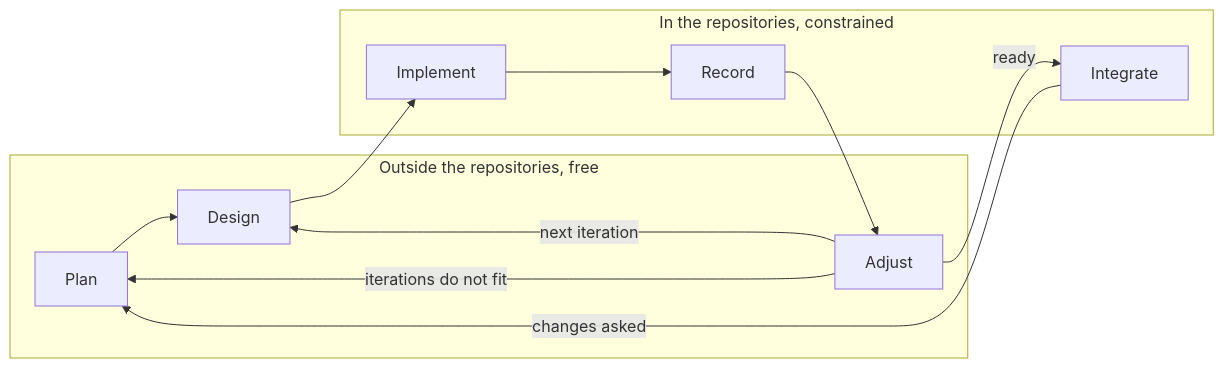
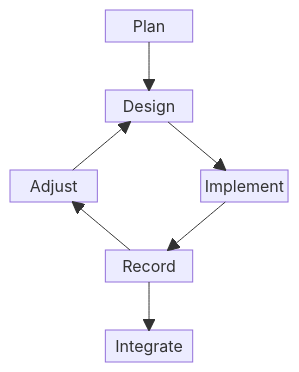
The diagram in CONTRIBUTING.md (sic-lang/rfcs), drawn with Mermaid before and after one commit.

Commit message:
Draw the iterations as a loop
Integrate follows Record, and Adjust leads back to Design: the diagram places the steps on a grid, so that the iterations form a loop between Design and Record.

````diff
--- a/CONTRIBUTING.md
+++ b/CONTRIBUTING.md
@@ -31,18 +31,19 @@
 ```mermaid
-flowchart LR
-  subgraph outside [Outside the repositories, free]
-    Plan
-    Design
-    Adjust
-  end
-  subgraph inside [In the repositories, constrained]
-    Implement
-    Record
-    Integrate
-  end
-  Plan --> Design --> Implement --> Record --> Adjust
-  Adjust -->|next iteration| Design
-  Adjust -->|iterations do not fit| Plan
-  Adjust -->|ready| Integrate
-  Integrate -->|changes asked| Plan
+block-beta
+  columns 3
+  space Plan space
+  space:3
+  space Design space
+  space:3
+  Adjust space Implement
+  space:3
+  space Record space
+  space:3
+  space Integrate space
+  Plan --> Design
+  Design --> Implement
+  Implement --> Record
+  Record --> Adjust
+  Adjust --> Design
+  Record --> Integrate
 ```
````
